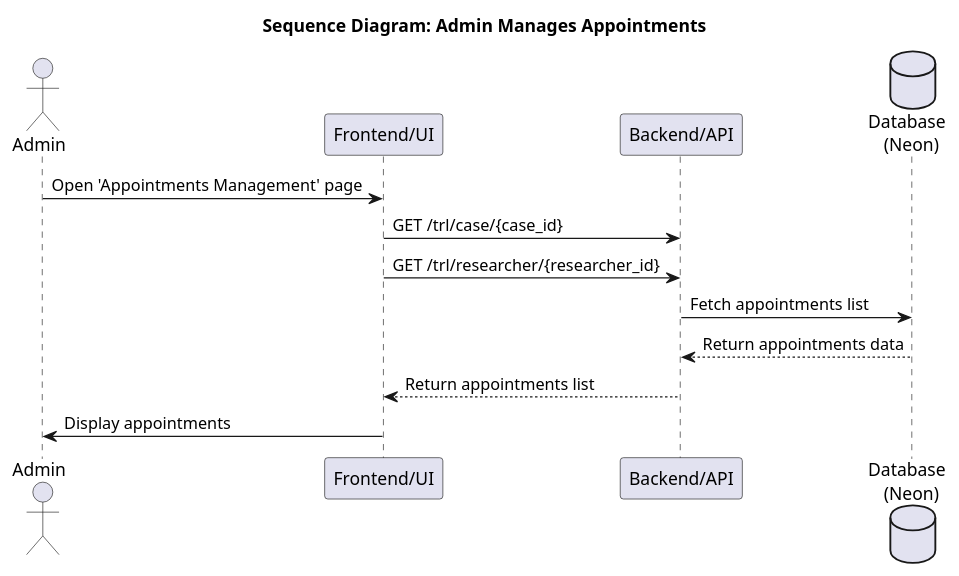
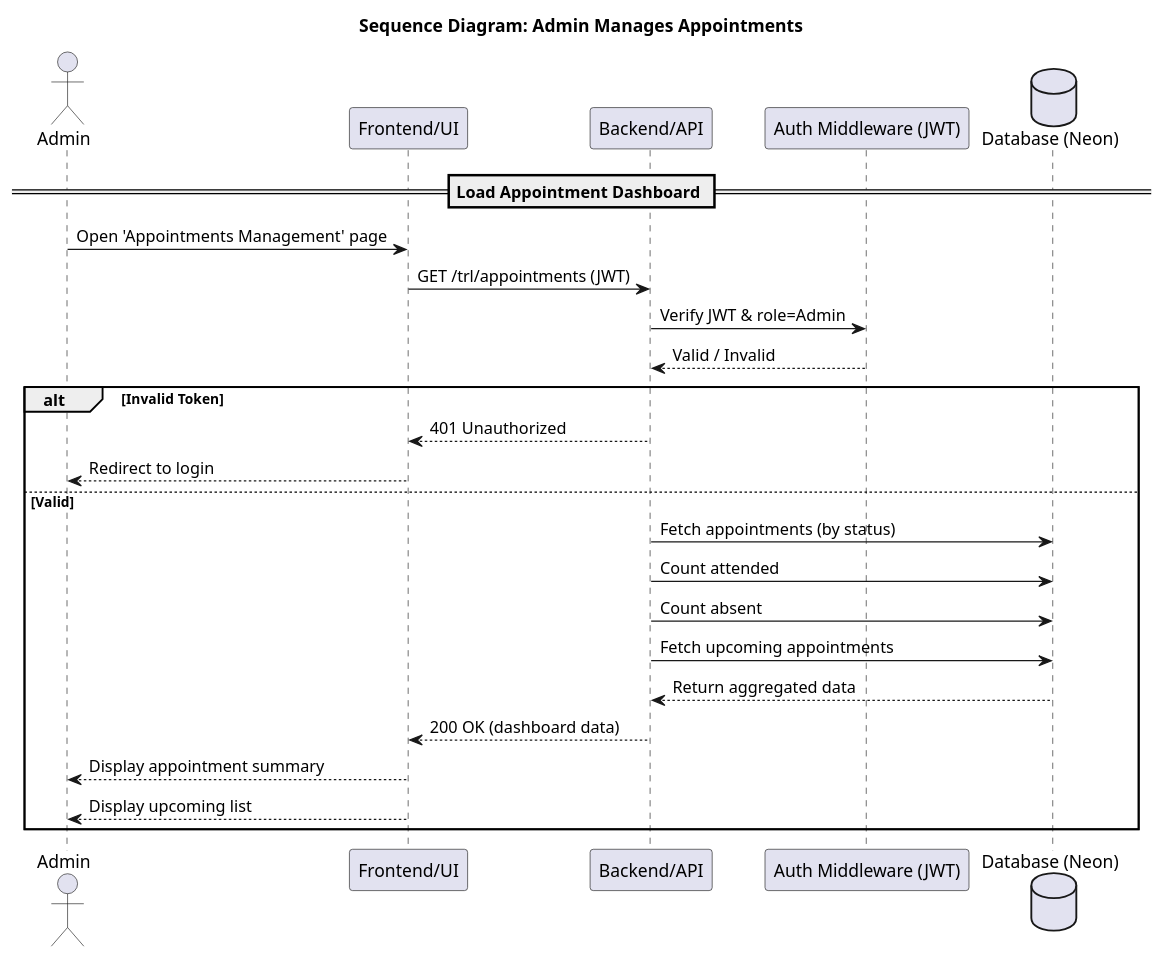
Before and after one commit to punyanuch-h/trl-research-frontend: the diagram in sequence diagram/admin/admin_manage_appointments.puml, drawn with PlantUML. The commit also changed 30 other files, not shown here.

First line of the commit message:
Fix/sq diagram (#95)

```diff
--- a/sequence diagram/admin/admin_manage_appointments.puml
+++ b/sequence diagram/admin/admin_manage_appointments.puml
@@ -1,17 +1,33 @@
 @startuml
 title Sequence Diagram: Admin Manages Appointments
-
 actor Admin
 participant "Frontend/UI" as UI
 participant "Backend/API" as API
-database "Database \n (Neon)" as DB
+participant "Auth Middleware (JWT)" as AUTH
+database "Database (Neon)" as DB
+
+== Load Appointment Dashboard ==
 
 Admin -> UI: Open 'Appointments Management' page
-UI -> API: GET /trl/case/{case_id}
-UI -> API: GET /trl/researcher/{researcher_id}
-API -> DB: Fetch appointments list
-DB --> API: Return appointments data
-API --> UI: Return appointments list
-UI -> Admin: Display appointments
+UI -> API: GET /trl/appointments (JWT)
+
+API -> AUTH: Verify JWT & role=Admin
+AUTH --> API: Valid / Invalid
+
+alt Invalid Token
+    API --> UI: 401 Unauthorized
+    UI --> Admin: Redirect to login
+else Valid
+    API -> DB: Fetch appointments (by status)
+    API -> DB: Count attended
+    API -> DB: Count absent
+    API -> DB: Fetch upcoming appointments
+    DB --> API: Return aggregated data
+    API --> UI: 200 OK (dashboard data)
+    UI --> Admin: Display appointment summary
+    UI --> Admin: Display upcoming list
+end
+
+
 
 @enduml
```
